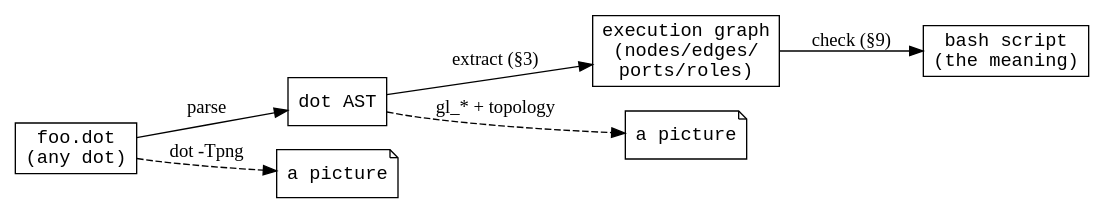
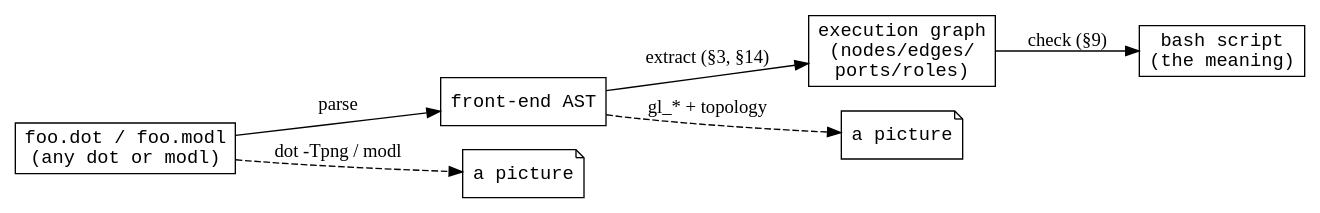
One commit to curtcox/gripeline changed the first of 37 diagrams in SPEC.md. Above: the diagram before and after it, drawn with Graphviz. The commit also changed other lines of this file and 5 other files, not shown here.

````diff
--- a/SPEC.md
+++ b/SPEC.md
@@ -66,20 +76,20 @@
 ```dot
 digraph how_dot_becomes_a_program {
     rankdir=LR;
     node [shape=box, fontname="monospace"];
 
-    src      [label="foo.dot\n(any dot)"];
-    ast      [label="dot AST"];
+    src      [label="foo.dot / foo.modl\n(any dot or modl)"];
+    ast      [label="front-end AST"];
     exec     [label="execution graph\n(nodes/edges/\nports/roles)"];
     bash     [label="bash script\n(the meaning)"];
     pic_src  [label="a picture", shape=note];
     pic_ast  [label="a picture", shape=note];
 
     src  -> ast  [label="parse"];
-    ast  -> exec [label="extract (§3)"];
+    ast  -> exec [label="extract (§3, §14)"];
     exec -> bash [label="check (§9)"];
 
-    src  -> pic_src [label="dot -Tpng",        style=dashed];
+    src  -> pic_src [label="dot -Tpng / modl", style=dashed];
     ast  -> pic_ast [label="gl_* + topology",  style=dashed];
 }
 ```
````
